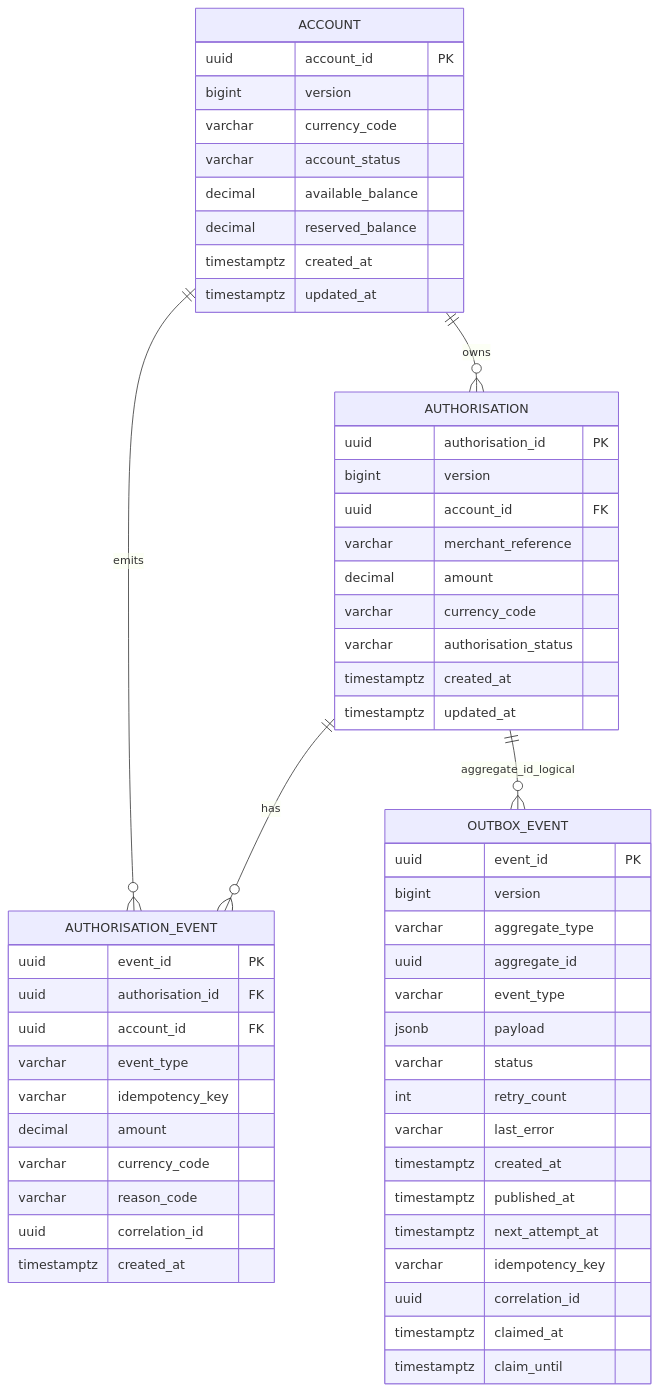
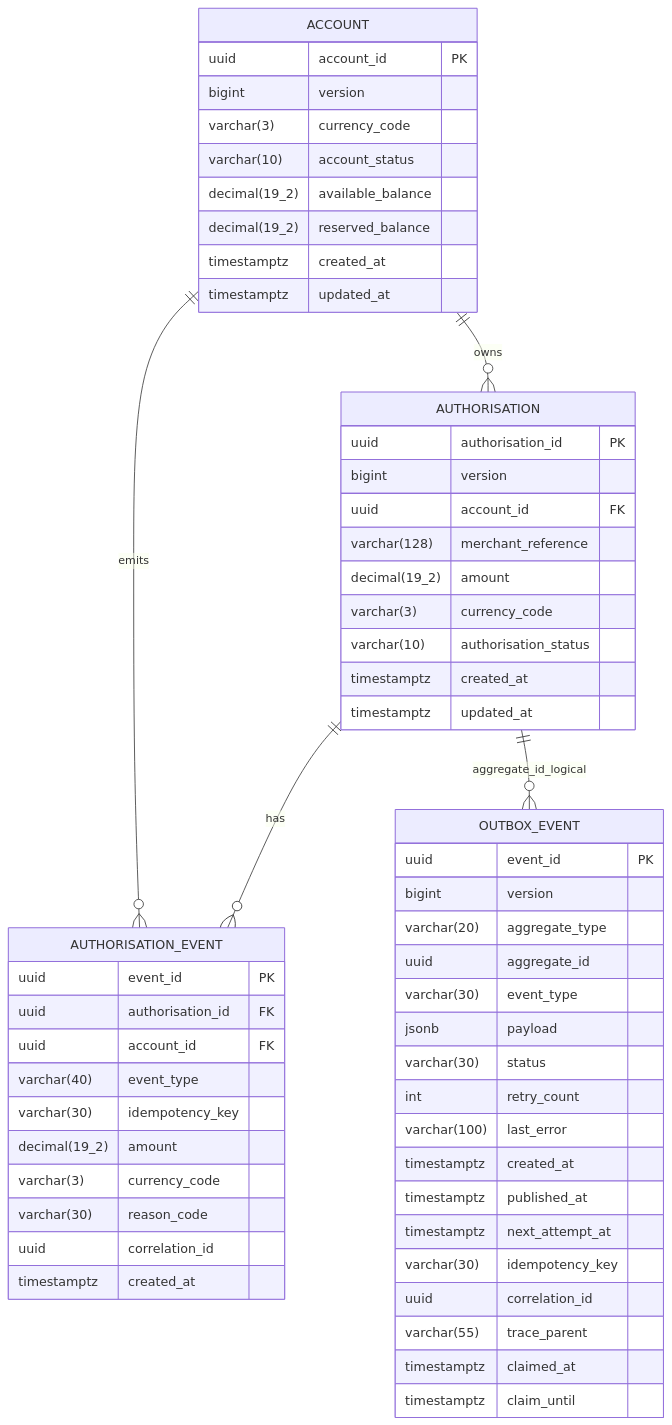
The diagram in docs/data/auth-er-diagram.mmd (ShirongQuan/payment-platform), drawn with Mermaid before and after one commit. The commit also changed 27 other files, not shown here.

```diff
--- a/docs/data/auth-er-diagram.mmd
+++ b/docs/data/auth-er-diagram.mmd
@@ -1,60 +1,61 @@
 erDiagram
     ACCOUNT {
         uuid account_id PK
         bigint version
-        varchar currency_code
-        varchar account_status
-        decimal available_balance
-        decimal reserved_balance
+        varchar(3) currency_code
+        varchar(10) account_status
+        decimal(19_2) available_balance
+        decimal(19_2) reserved_balance
         timestamptz created_at
         timestamptz updated_at
     }
 
     AUTHORISATION {
         uuid authorisation_id PK
         bigint version
         uuid account_id FK
-        varchar merchant_reference
-        decimal amount
-        varchar currency_code
-        varchar authorisation_status
+        varchar(128) merchant_reference
+        decimal(19_2) amount
+        varchar(3) currency_code
+        varchar(10) authorisation_status
         timestamptz created_at
         timestamptz updated_at
     }
 
     AUTHORISATION_EVENT {
         uuid event_id PK
         uuid authorisation_id FK
         uuid account_id FK
-        varchar event_type
-        varchar idempotency_key
-        decimal amount
-        varchar currency_code
-        varchar reason_code
+        varchar(40) event_type
+        varchar(30) idempotency_key
+        decimal(19_2) amount
+        varchar(3) currency_code
+        varchar(30) reason_code
         uuid correlation_id
         timestamptz created_at
     }
 
     OUTBOX_EVENT {
         uuid event_id PK
         bigint version
-        varchar aggregate_type
+        varchar(20) aggregate_type
         uuid aggregate_id
-        varchar event_type
+        varchar(30) event_type
         jsonb payload
-        varchar status
+        varchar(30) status
         int retry_count
-        varchar last_error
+        varchar(100) last_error
         timestamptz created_at
         timestamptz published_at
         timestamptz next_attempt_at
-        varchar idempotency_key
+        varchar(30) idempotency_key
         uuid correlation_id
+        varchar(55) trace_parent
         timestamptz claimed_at
         timestamptz claim_until
     }
 
     ACCOUNT ||--o{ AUTHORISATION: owns
     ACCOUNT ||--o{ AUTHORISATION_EVENT: emits
     AUTHORISATION ||--o{ AUTHORISATION_EVENT: has
     AUTHORISATION ||--o{ OUTBOX_EVENT: aggregate_id_logical
```
